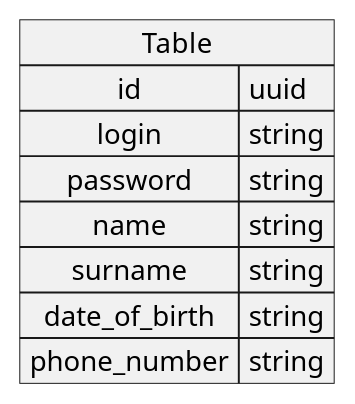
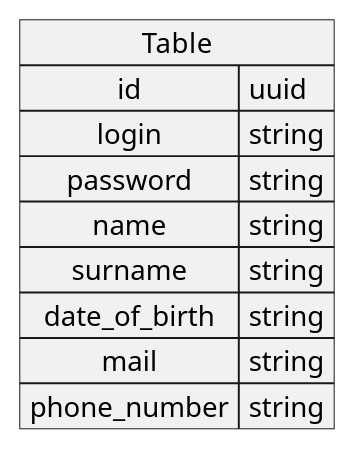
Before and after one commit to Navalgan/Service-oriented-architectures: the diagram in doc/ER-user.puml, drawn with PlantUML. The commit also changed 24 other files, not shown here.

```diff
--- a/doc/ER-user.puml
+++ b/doc/ER-user.puml
@@ -1,11 +1,12 @@
 @startuml
 map Table {
  id => uuid
  login => string
  password => string
  name => string
  surname => string
  date_of_birth => string
+ mail => string
  phone_number => string
 }
 @enduml
```
